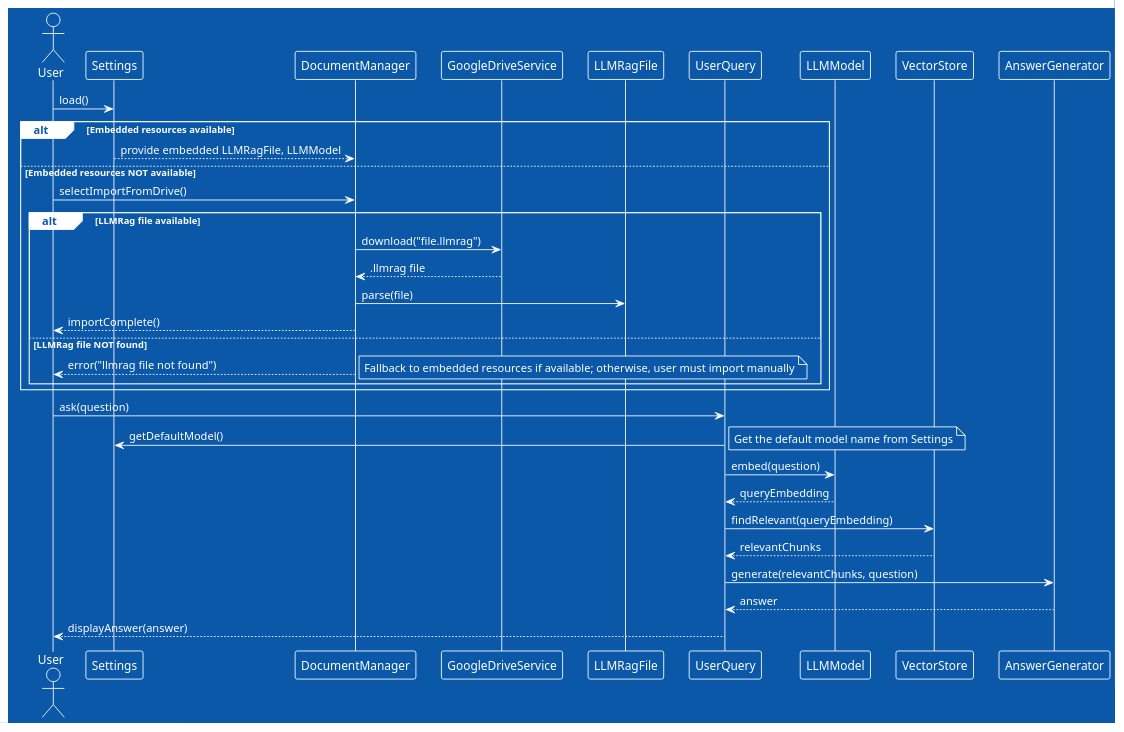
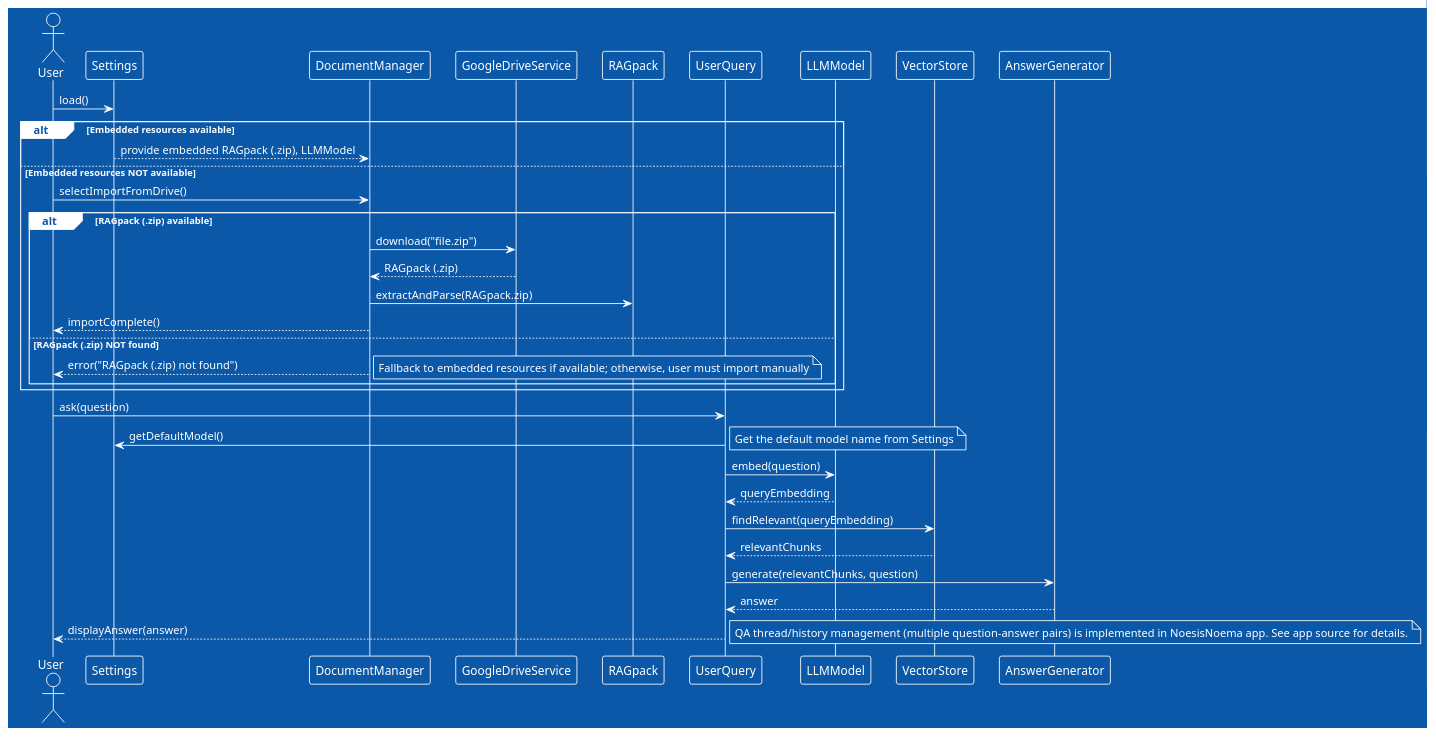
The diagram in docs/uml/SequenceDiagram.puml (raskolnikoff/RAGfish), drawn with PlantUML before and after one commit. The commit also changed 12 other files, not shown here.

Commit message:
fix: updated all ddocument and diagrams before public

```diff
--- a/docs/uml/SequenceDiagram.puml
+++ b/docs/uml/SequenceDiagram.puml
@@ -1,35 +1,36 @@
 @startuml
 !theme amiga
 actor User
 
 User -> Settings : load()
 alt Embedded resources available
-    Settings --> DocumentManager : provide embedded LLMRagFile, LLMModel
+    Settings --> DocumentManager : provide embedded RAGpack (.zip), LLMModel
 else Embedded resources NOT available
     User -> DocumentManager : selectImportFromDrive()
 
-    alt LLMRag file available
-        DocumentManager -> GoogleDriveService : download("file.llmrag")
-        GoogleDriveService --> DocumentManager : .llmrag file
-        DocumentManager -> LLMRagFile : parse(file)
+    alt RAGpack (.zip) available
+        DocumentManager -> GoogleDriveService : download("file.zip")
+        GoogleDriveService --> DocumentManager : RAGpack (.zip)
+        DocumentManager -> RAGpack : extractAndParse(RAGpack.zip)
         DocumentManager --> User : importComplete()
-    else LLMRag file NOT found
-        DocumentManager --> User : error("llmrag file not found")
+    else RAGpack (.zip) NOT found
+        DocumentManager --> User : error("RAGpack (.zip) not found")
         note right: Fallback to embedded resources if available; otherwise, user must import manually
     end
 end
 
 User -> UserQuery : ask(question)
 UserQuery -> Settings : getDefaultModel()
 note right: Get the default model name from Settings
 UserQuery -> LLMModel : embed(question)
 LLMModel --> UserQuery : queryEmbedding
 
 UserQuery -> VectorStore : findRelevant(queryEmbedding)
 VectorStore --> UserQuery : relevantChunks
 
 UserQuery -> AnswerGenerator : generate(relevantChunks, question)
 AnswerGenerator --> UserQuery : answer
 
 UserQuery --> User : displayAnswer(answer)
+note right: QA thread/history management (multiple question-answer pairs) is implemented in NoesisNoema app. See app source for details.
 @enduml
```
